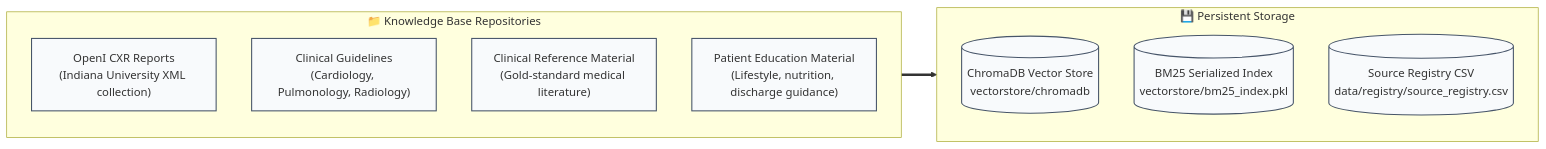
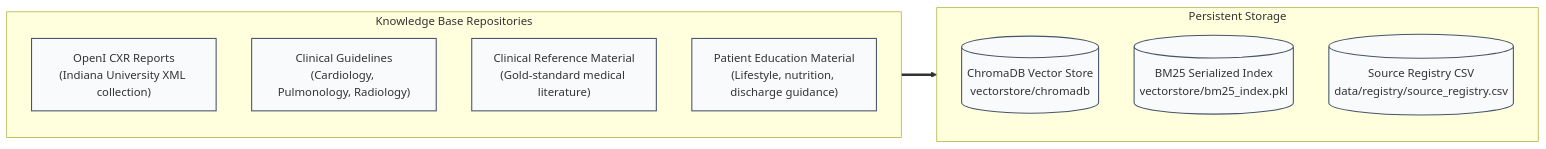
Before and after one commit to Minamagdy272/MediScan: the tenth of 11 diagrams in README.md, drawn with Mermaid. The commit also changed other lines of this file, not shown here.

Commit message:
fix(docs): resolve GitHub markdown Mermaid parse errors and LaTeX escape formatting

````diff
--- a/README.md
+++ b/README.md
@@ -504,20 +504,20 @@
 ```mermaid
 graph LR
-    subgraph INGESTED_DATA ["📁 Knowledge Base Repositories"]
+    subgraph INGESTED_DATA ["Knowledge Base Repositories"]
         D_OPENI["OpenI CXR Reports<br/>(Indiana University XML collection)"]
         D_GUIDE["Clinical Guidelines<br/>(Cardiology, Pulmonology, Radiology)"]
         D_REF["Clinical Reference Material<br/>(Gold-standard medical literature)"]
         D_PAT["Patient Education Material<br/>(Lifestyle, nutrition, discharge guidance)"]
     end
 
-    subgraph STORAGE_TIER ["💾 Persistent Storage"]
+    subgraph STORAGE_TIER ["Persistent Storage"]
         ST_CHROMA[("ChromaDB Vector Store<br/>vectorstore/chromadb")]
         ST_BM25[("BM25 Serialized Index<br/>vectorstore/bm25_index.pkl")]
         ST_REG[("Source Registry CSV<br/>data/registry/source_registry.csv")]
     end
 
     INGESTED_DATA ==> STORAGE_TIER
 
     classDef dataBox fill:#f8fafc,stroke:#475569,stroke-width:1.5px;
     class D_OPENI,D_GUIDE,D_REF,D_PAT,ST_CHROMA,ST_BM25,ST_REG dataBox;
 ```
````
